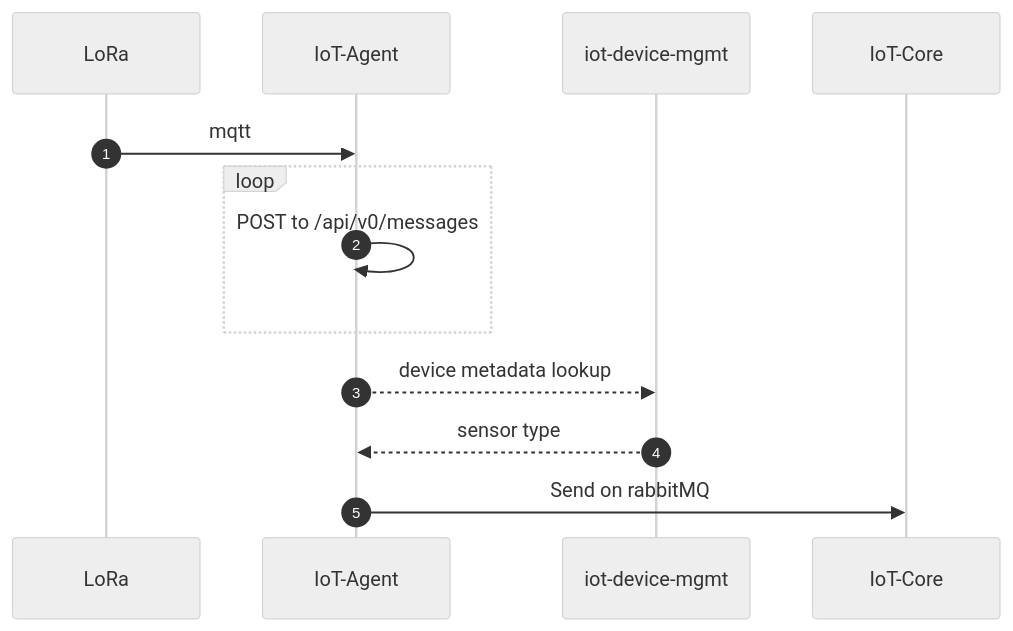
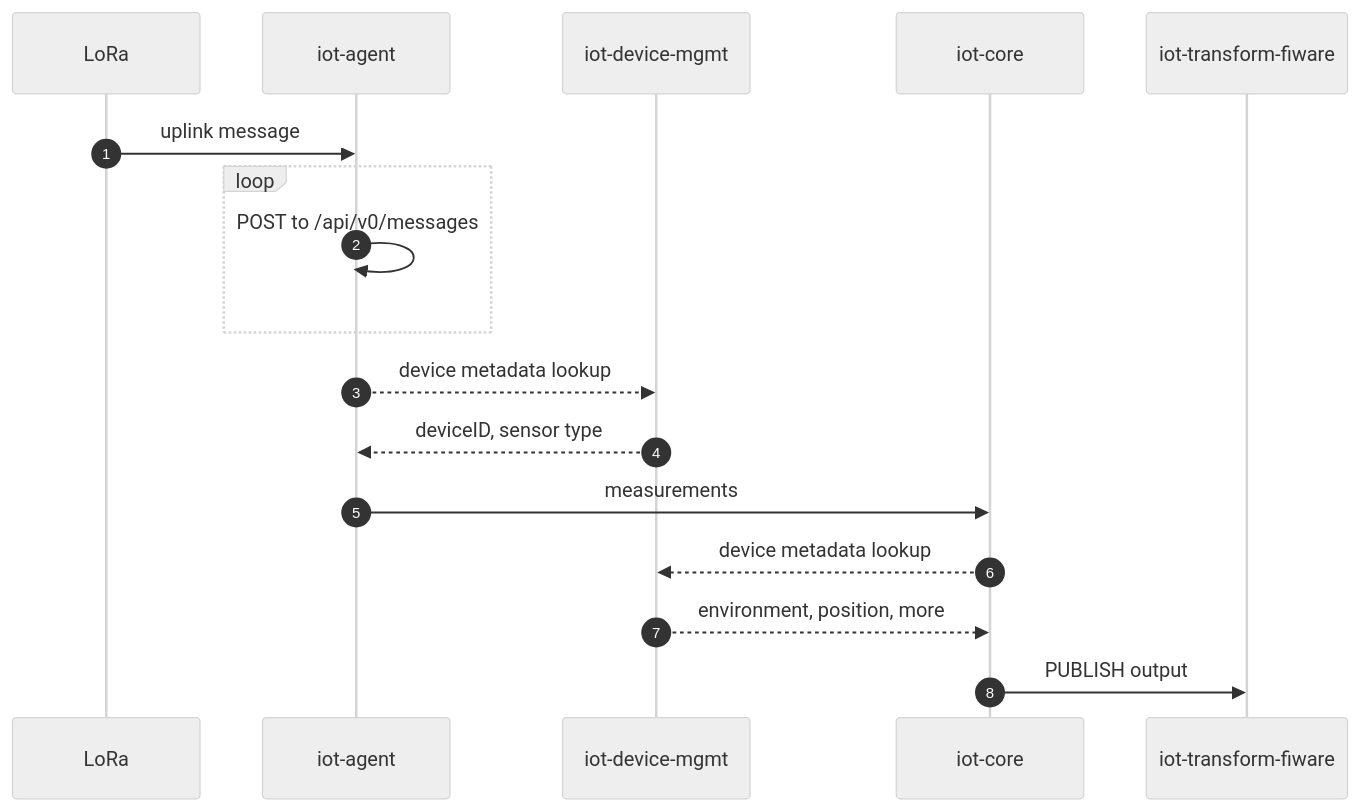
One commit to diwise/diwise.github.io changed the diagram in site/content/getting-started/how-to/add-device.md. Above: the diagram before and after it, drawn with Mermaid. The commit also changed other lines of this file and 4 other files, not shown here.

```diff
--- a/site/content/getting-started/how-to/add-device.md
+++ b/site/content/getting-started/how-to/add-device.md
@@ -13,11 +15,14 @@
 {{< mermaid >}}
 %%{init:{"theme":"neutral", "sequence":{"showSequenceNumbers":true}}}%%
 sequenceDiagram
-    LoRa->>IoT-Agent: mqtt
+    LoRa->>iot-agent: uplink message
     loop
-        IoT-Agent->>IoT-Agent: POST to /api/v0/messages
+        iot-agent->>iot-agent: POST to /api/v0/messages
     end
-    IoT-Agent-->>iot-device-mgmt: device metadata lookup
-    iot-device-mgmt-->>IoT-Agent: sensor type
-    IoT-Agent->>IoT-Core: Send on rabbitMQ
+    iot-agent-->>iot-device-mgmt: device metadata lookup
+    iot-device-mgmt-->>iot-agent: deviceID, sensor type
+    iot-agent->>iot-core: measurements
+    iot-core-->>iot-device-mgmt: device metadata lookup
+    iot-device-mgmt-->>iot-core: environment, position, more
+    iot-core->>iot-transform-fiware: PUBLISH output
 {{< /mermaid >}}
```
